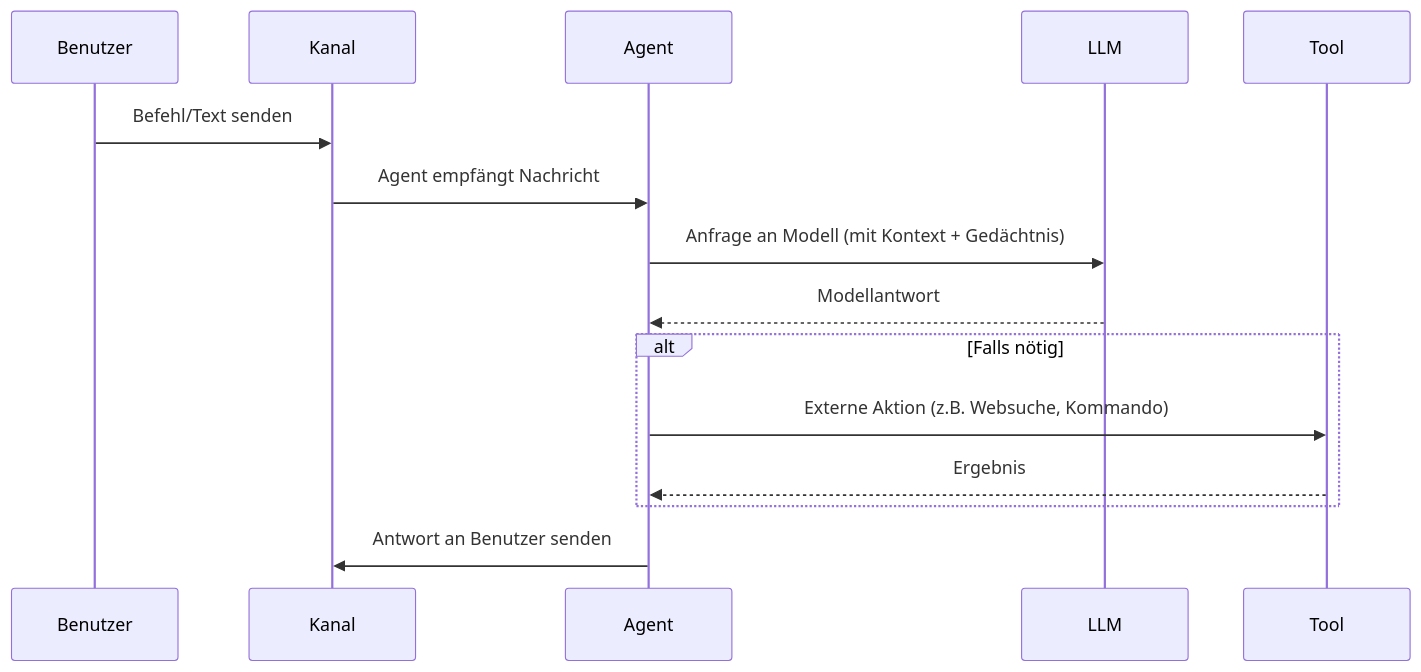
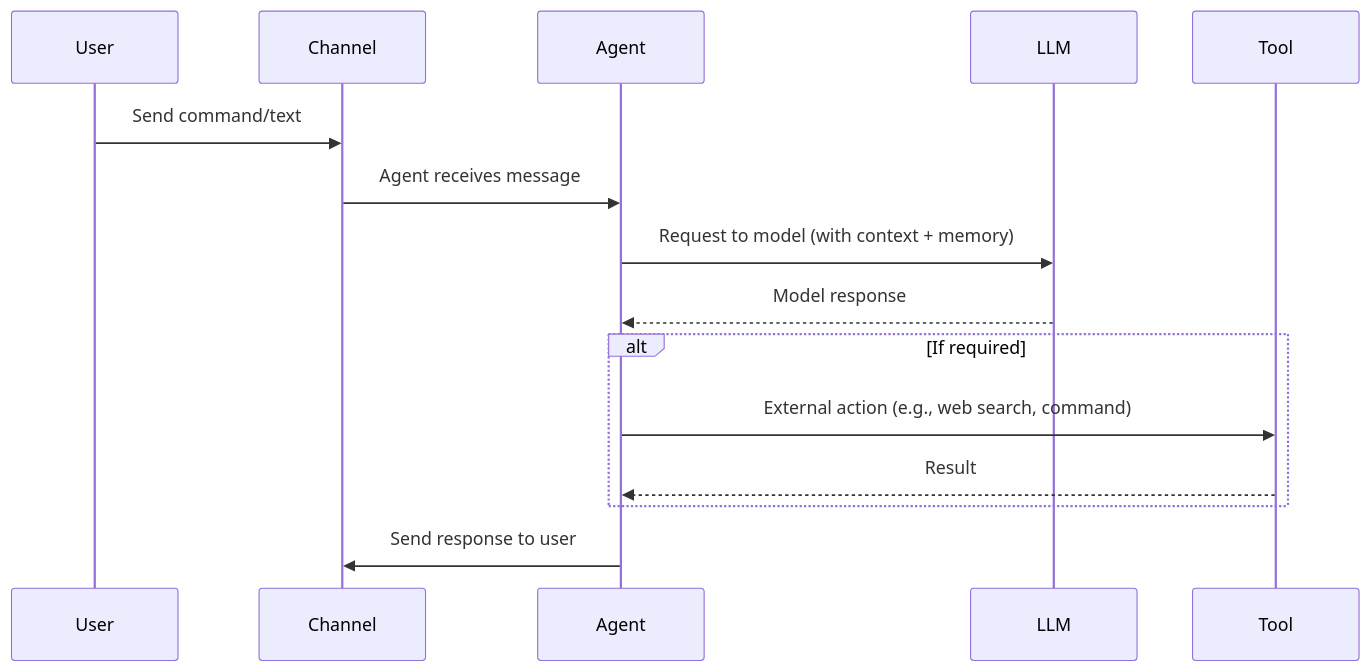
Before and after one commit to hermes-speedboat/wikijs.bitbull: the second of 2 diagrams in blog/ai_assitants_explained.md, drawn with Mermaid. The commit also changed other lines of this file, not shown here.

Commit message:
docs: update blog/ai_assitants_explained

````diff
--- a/blog/ai_assitants_explained.md
+++ b/blog/ai_assitants_explained.md
@@ -52,17 +52,17 @@
 ```mermaid
 sequenceDiagram
-  participant Benutzer
-  participant Kanal
+  participant User
+  participant Channel
   participant Agent
   participant LLM
   participant Tool
-  Benutzer->>Kanal: Befehl/Text senden
-  Kanal->>Agent: Agent empfängt Nachricht
-  Agent->>LLM: Anfrage an Modell (mit Kontext + Gedächtnis)
-  LLM-->>Agent: Modellantwort
-  alt Falls nötig
-    Agent->>Tool: Externe Aktion (z.B. Websuche, Kommando)
-    Tool-->>Agent: Ergebnis
+  User->>Channel: Send command/text
+  Channel->>Agent: Agent receives message
+  Agent->>LLM: Request to model (with context + memory)
+  LLM-->>Agent: Model response
+  alt If required
+    Agent->>Tool: External action (e.g., web search, command)
+    Tool-->>Agent: Result
   end
-  Agent->>Kanal: Antwort an Benutzer senden
+  Agent->>Channel: Send response to user
 ```
````
